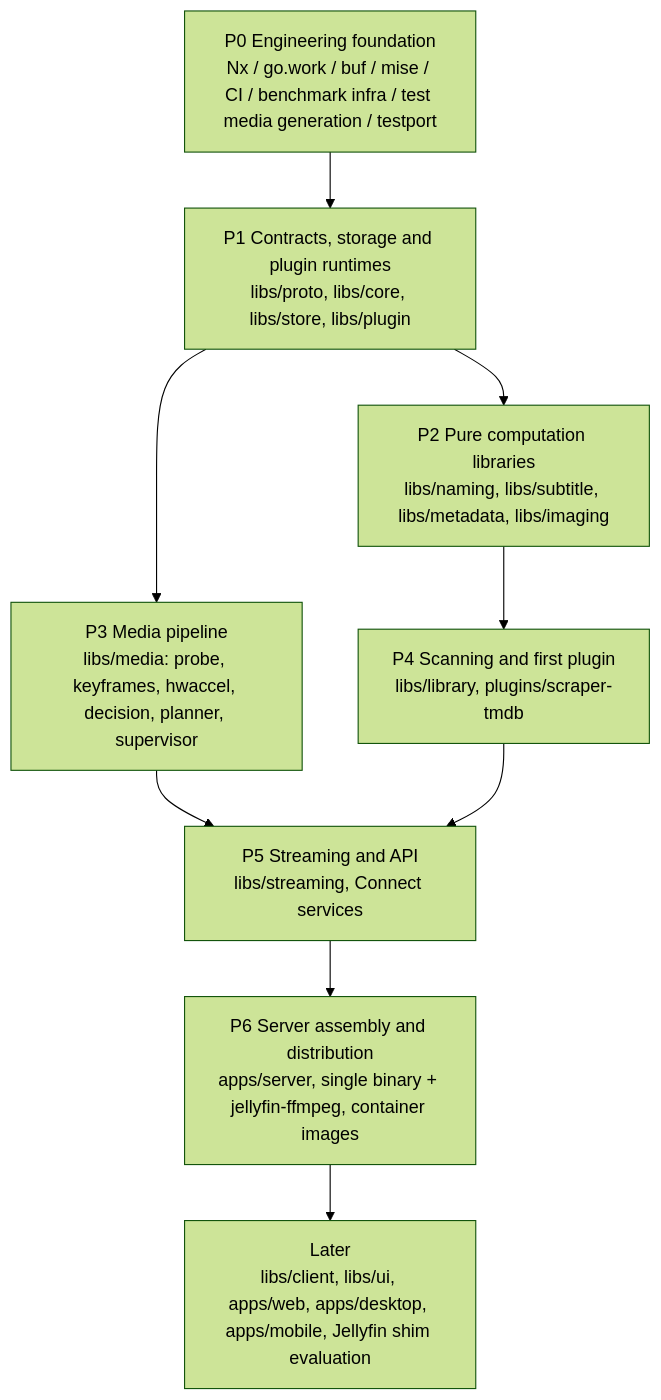
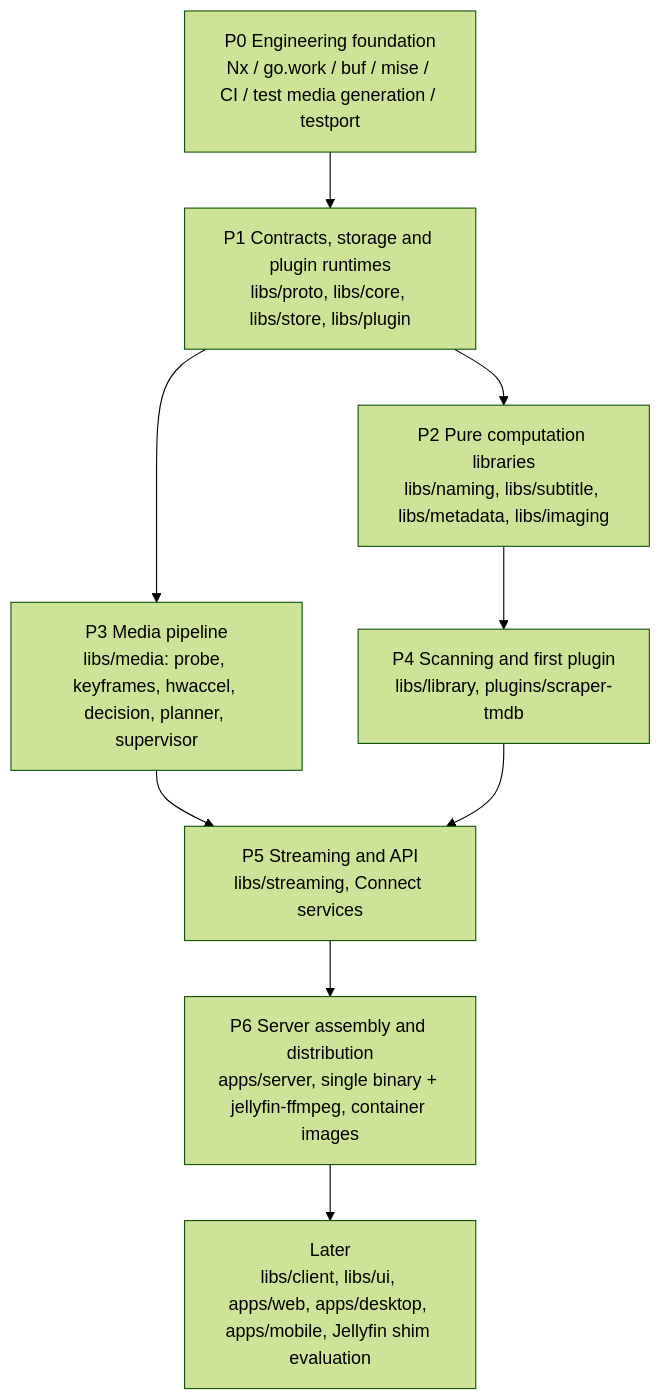
One commit to mavioai/mavio changed the diagram in docs/roadmap.md. Above: the diagram before and after it, drawn with Mermaid (forest theme). The commit also changed other lines of this file and 11 other files, not shown here.

````diff
--- a/docs/roadmap.md
+++ b/docs/roadmap.md
@@ -22,20 +19,20 @@
 ```mermaid
 flowchart TD
-    P0["P0 Engineering foundation<br/>Nx / go.work / buf / mise / CI / benchmark infra / test media generation / testport"]
+    P0["P0 Engineering foundation<br/>Nx / go.work / buf / mise / CI / test media generation / testport"]
     P1["P1 Contracts, storage and plugin runtimes<br/>libs/proto, libs/core, libs/store, libs/plugin"]
     P2["P2 Pure computation libraries<br/>libs/naming, libs/subtitle, libs/metadata, libs/imaging"]
     P3["P3 Media pipeline<br/>libs/media: probe, keyframes, hwaccel, decision, planner, supervisor"]
     P4["P4 Scanning and first plugin<br/>libs/library, plugins/scraper-tmdb"]
     P5["P5 Streaming and API<br/>libs/streaming, Connect services"]
     P6["P6 Server assembly and distribution<br/>apps/server, single binary + jellyfin-ffmpeg, container images"]
     P7["Later<br/>libs/client, libs/ui, apps/web, apps/desktop, apps/mobile, Jellyfin shim evaluation"]
 
     P0 --> P1
     P1 --> P2
     P1 --> P3
     P2 --> P4
     P3 --> P5
     P4 --> P5
     P5 --> P6
     P6 --> P7
 ```
````
